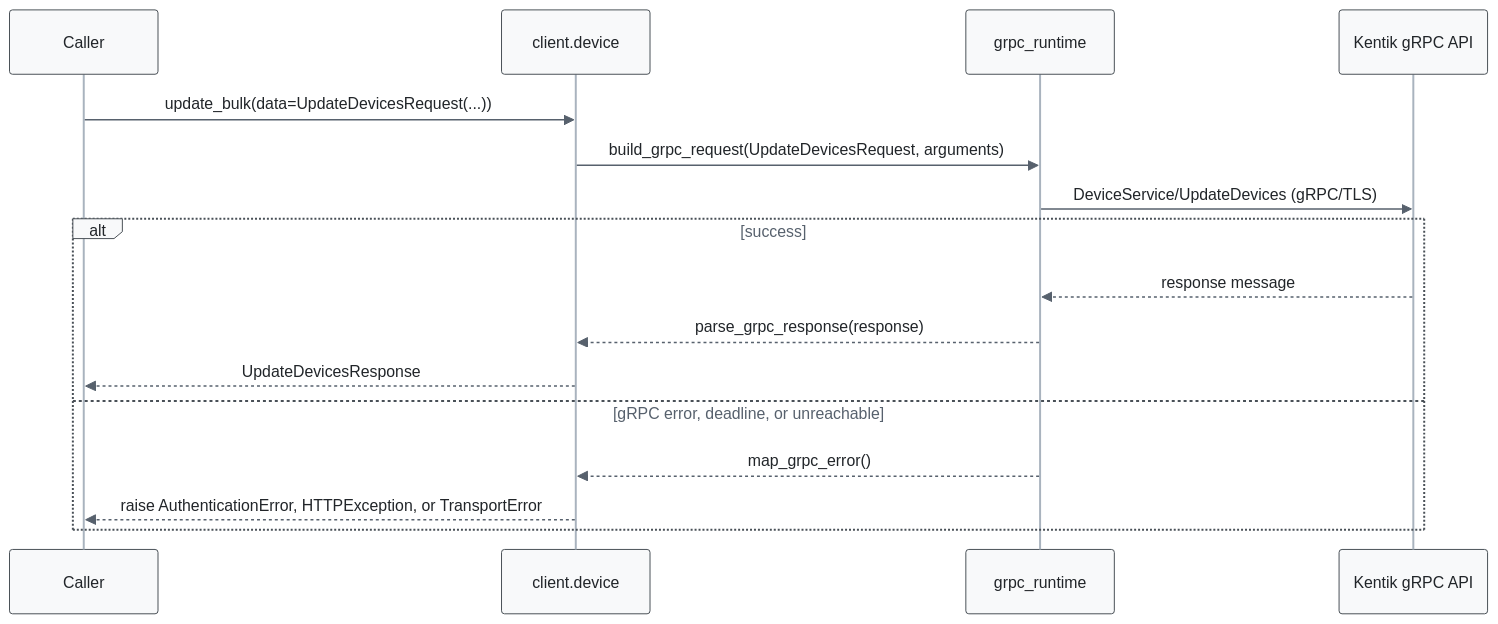
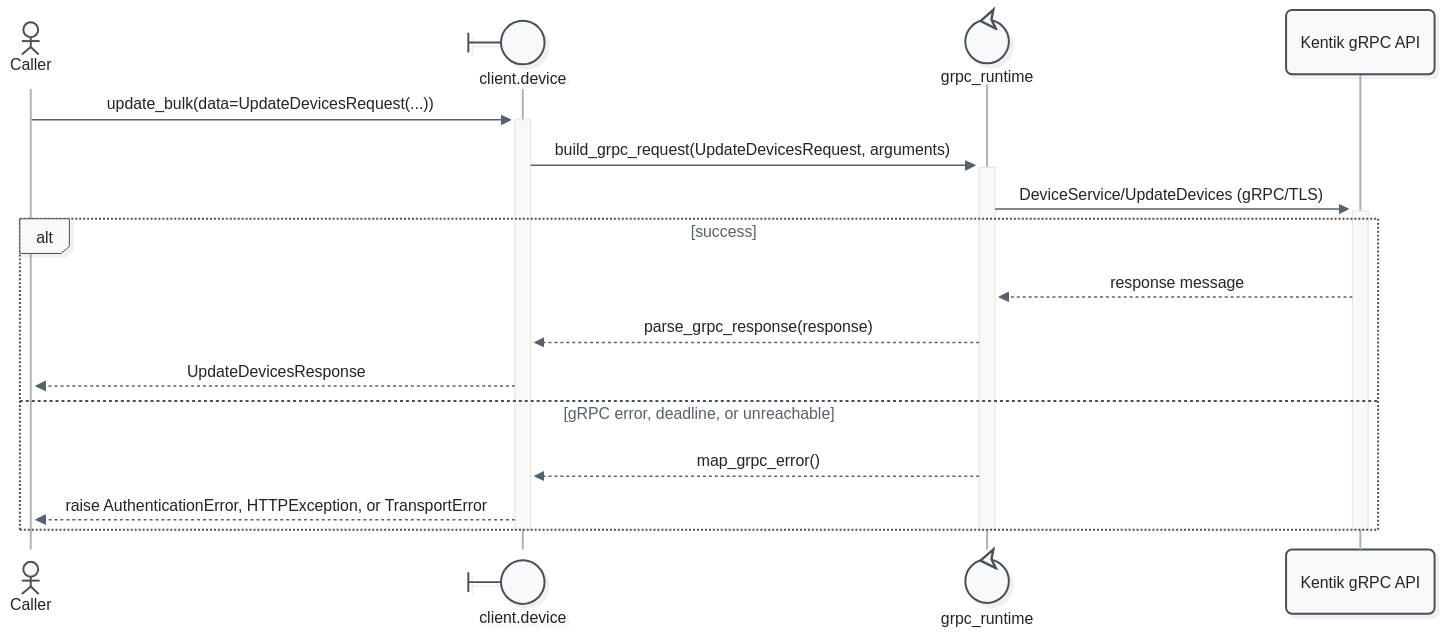
The tenth of 21 diagrams in docs/sphinx/services/device.md (alexdearaujo/community_sdk_python), drawn with Mermaid before and after one commit. The commit also changed other lines of this file and 52 other files, not shown here.

First line of the commit message:
docs: Mermaid 12 sequence diagrams with participant types and path colors

````diff
--- a/docs/sphinx/services/device.md
+++ b/docs/sphinx/services/device.md
@@ -369,20 +391,23 @@
 ```mermaid
-%%{init: {"theme": "base", "fontFamily": "ui-monospace, SFMono-Regular, Menlo, monospace", "themeVariables": {"fontFamily": "ui-monospace, SFMono-Regular, Menlo, monospace", "primaryColor": "#f8f9fa", "primaryBorderColor": "#495057", "primaryTextColor": "#212529", "textColor": "#212529", "lineColor": "#77818c", "edgeLabelBackground": "#ffffff", "actorBkg": "#f8f9fa", "actorBorder": "#495057", "actorTextColor": "#212529", "actorLineColor": "#a9b3be", "signalColor": "#57616d", "signalTextColor": "#212529", "labelBoxBkgColor": "#f8f9fa", "labelBoxBorderColor": "#495057", "labelTextColor": "#212529", "loopTextColor": "#57616d", "noteBkgColor": "#fff9db", "noteBorderColor": "#f08c00", "noteTextColor": "#a35a00"}, "flowchart": {"curve": "step", "nodeSpacing": 30, "rankSpacing": 70, "wrappingWidth": 400}}}%%
+%%{init: {"theme": "redux", "look": "neo", "layout": "dagre", "fontFamily": "ui-monospace, SFMono-Regular, Menlo, monospace", "themeVariables": {"fontFamily": "ui-monospace, SFMono-Regular, Menlo, monospace", "primaryColor": "#f8f9fa", "primaryBorderColor": "#495057", "primaryTextColor": "#212529", "textColor": "#212529", "lineColor": "#77818c", "edgeLabelBackground": "#ffffff", "actorBkg": "#f8f9fa", "actorBorder": "#495057", "actorTextColor": "#212529", "actorLineColor": "#a9b3be", "signalColor": "#57616d", "signalTextColor": "#212529", "labelBoxBkgColor": "#f8f9fa", "labelBoxBorderColor": "#495057", "labelTextColor": "#212529", "loopTextColor": "#57616d", "noteBkgColor": "#fff9db", "noteBorderColor": "#f08c00", "noteTextColor": "#a35a00"}, "sequence": {"activationWidth": 16}, "flowchart": {"curve": "step", "nodeSpacing": 30, "rankSpacing": 70, "wrappingWidth": 400}}}%%
 sequenceDiagram
-    participant C as Caller
-    participant W as client.device
-    participant R as grpc_runtime
+    actor C as Caller
+    participant W@{ "type": "boundary" } as client.device
+    participant R@{ "type": "control" } as grpc_runtime
     participant API as Kentik gRPC API
 
-    C->>W: update_bulk(data=UpdateDevicesRequest(...))
-    W->>R: build_grpc_request(UpdateDevicesRequest, arguments)
-    R->>API: DeviceService/UpdateDevices (gRPC/TLS)
+    C->>+W: update_bulk(data=UpdateDevicesRequest(...))
+    W->>+R: build_grpc_request(UpdateDevicesRequest, arguments)
+    R->>+API: DeviceService/UpdateDevices (gRPC/TLS)
     alt success
         API-->>R: response message
         R-->>W: parse_grpc_response(response)
         W-->>C: UpdateDevicesResponse
     else gRPC error, deadline, or unreachable
         R-->>W: map_grpc_error()
         W-->>C: raise AuthenticationError, HTTPException, or TransportError
     end
+    deactivate API
+    deactivate R
+    deactivate W
 ```
````
